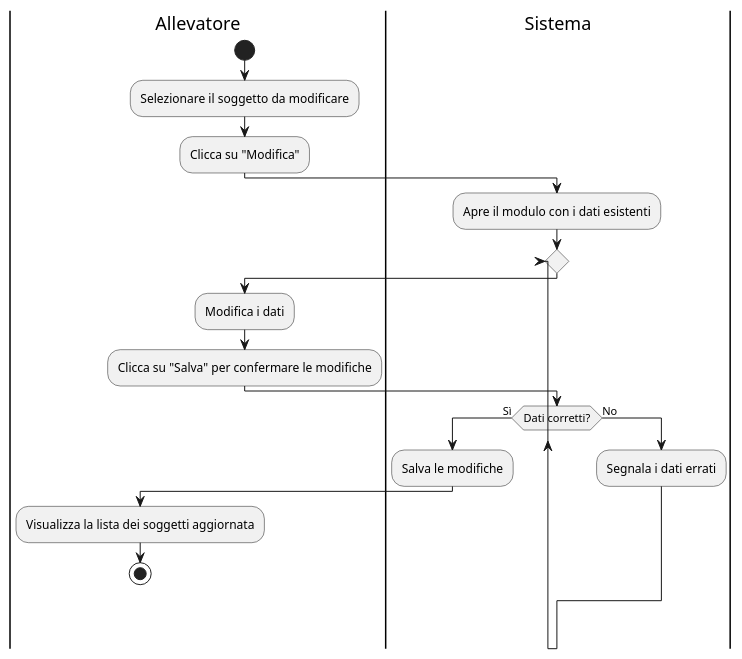
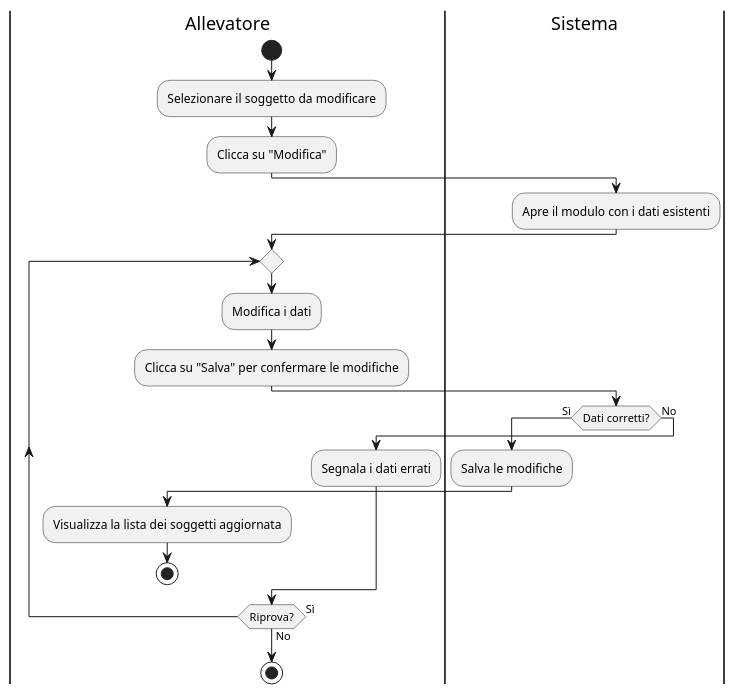
One commit to cristiancundari/birdbase changed the sixth of 27 diagrams in docs/sezioni/usecases/2_activitydiagrams.md. Above: the diagram before and after it, drawn with PlantUML. The commit also changed other lines of this file and 4 other files, not shown here.

````diff
--- a/docs/sezioni/usecases/2_activitydiagrams.md
+++ b/docs/sezioni/usecases/2_activitydiagrams.md
@@ -114,26 +145,26 @@
 ```plantuml
 @startuml
-    |Allevatore|
-    start
-
-    :Selezionare il soggetto da modificare;
-    :Clicca su "Modifica";
-
-    |Sistema|
-    :Apre il modulo con i dati esistenti;
-    repeat
-    |Allevatore|
+|Allevatore|
+start
+:Selezionare il soggetto da modificare;
+:Clicca su "Modifica";
+|Sistema|
+:Apre il modulo con i dati esistenti;
+|Allevatore|
+repeat
     :Modifica i dati;
     :Clicca su "Salva" per confermare le modifiche;
     |Sistema|
     if (Dati corretti?) then (Sì)
         :Salva le modifiche;
-    
         |Allevatore|
         :Visualizza la lista dei soggetti aggiornata;
         stop
     else (No)
-        |Sistema|
         :Segnala i dati errati;
+        |Allevatore|
+    endif
+repeat while (Riprova?) is (Sì) not (No)
+stop
 @enduml
 ```
````
